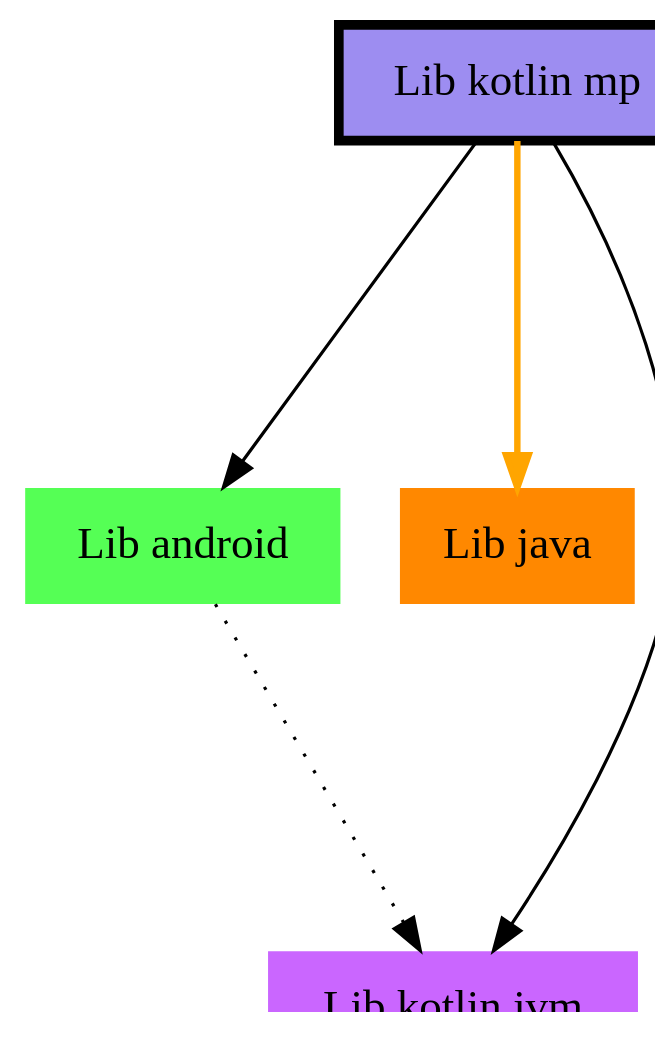
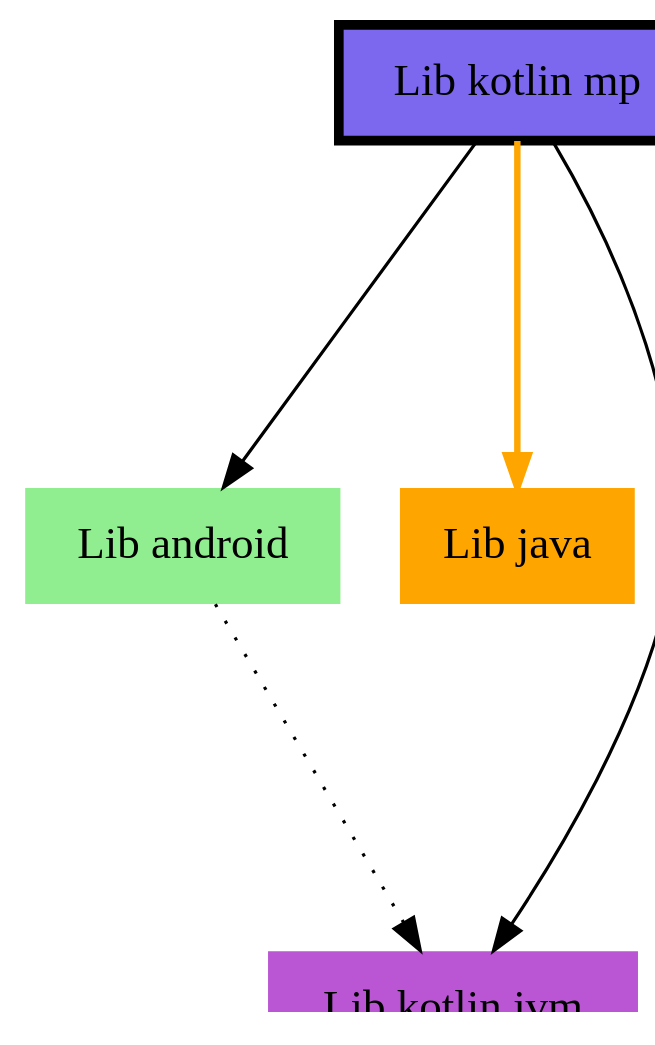
One commit to jonapoul/atlas changed the diagram in sample/sample-lib-kotlin-mp/charts/charts.dot. Above: the diagram before and after it, drawn with Graphviz. The commit also changed 25 other files, not shown here.

```diff
--- a/sample/sample-lib-kotlin-mp/charts/charts.dot
+++ b/sample/sample-lib-kotlin-mp/charts/charts.dot
@@ -1,13 +1,13 @@
 digraph {
   edge ["arrowhead"="normal","arrowtail"="none"]
   graph ["dpi"="100","fontsize"="30","layout"="dot","ranksep"="1.5","rankdir"="TB"]
   node ["style"="filled"]
-  "Lib android" ["fillcolor"="#55FF55","shape"="none"]
-  "Lib java" ["fillcolor"="#FF8800","shape"="none"]
-  "Lib kotlin jvm" ["fillcolor"="#CA66FF","shape"="none"]
-  "Lib kotlin mp" ["fillcolor"="#9D8DF1","penwidth"="3","shape"="box"]
+  "Lib android" ["fillcolor"="lightgreen","shape"="none"]
+  "Lib java" ["fillcolor"="orange","shape"="none"]
+  "Lib kotlin jvm" ["fillcolor"="mediumorchid","shape"="none"]
+  "Lib kotlin mp" ["fillcolor"="mediumslateblue","penwidth"="3","shape"="box"]
   "Lib android" -> "Lib kotlin jvm" ["style"="dotted"]
   "Lib kotlin mp" -> "Lib android" ["style"="solid"]
   "Lib kotlin mp" -> "Lib java" ["style"="bold","color"="orange"]
   "Lib kotlin mp" -> "Lib kotlin jvm" ["style"="solid"]
 }
```
